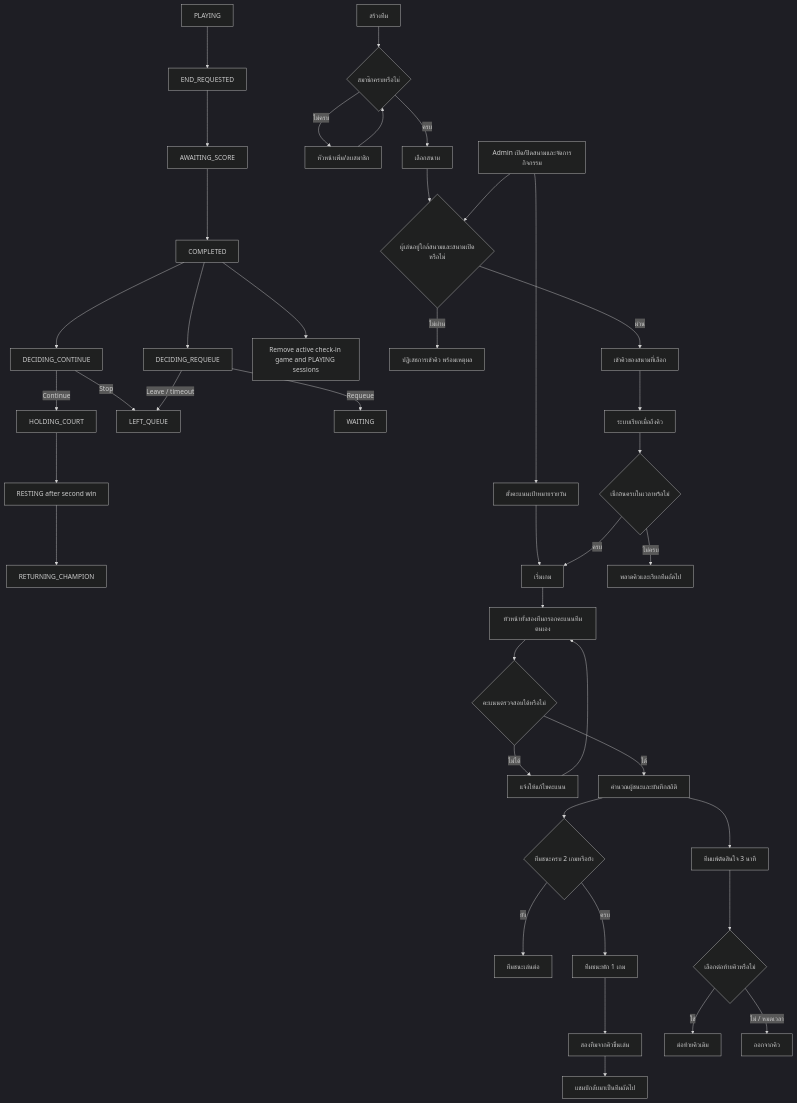
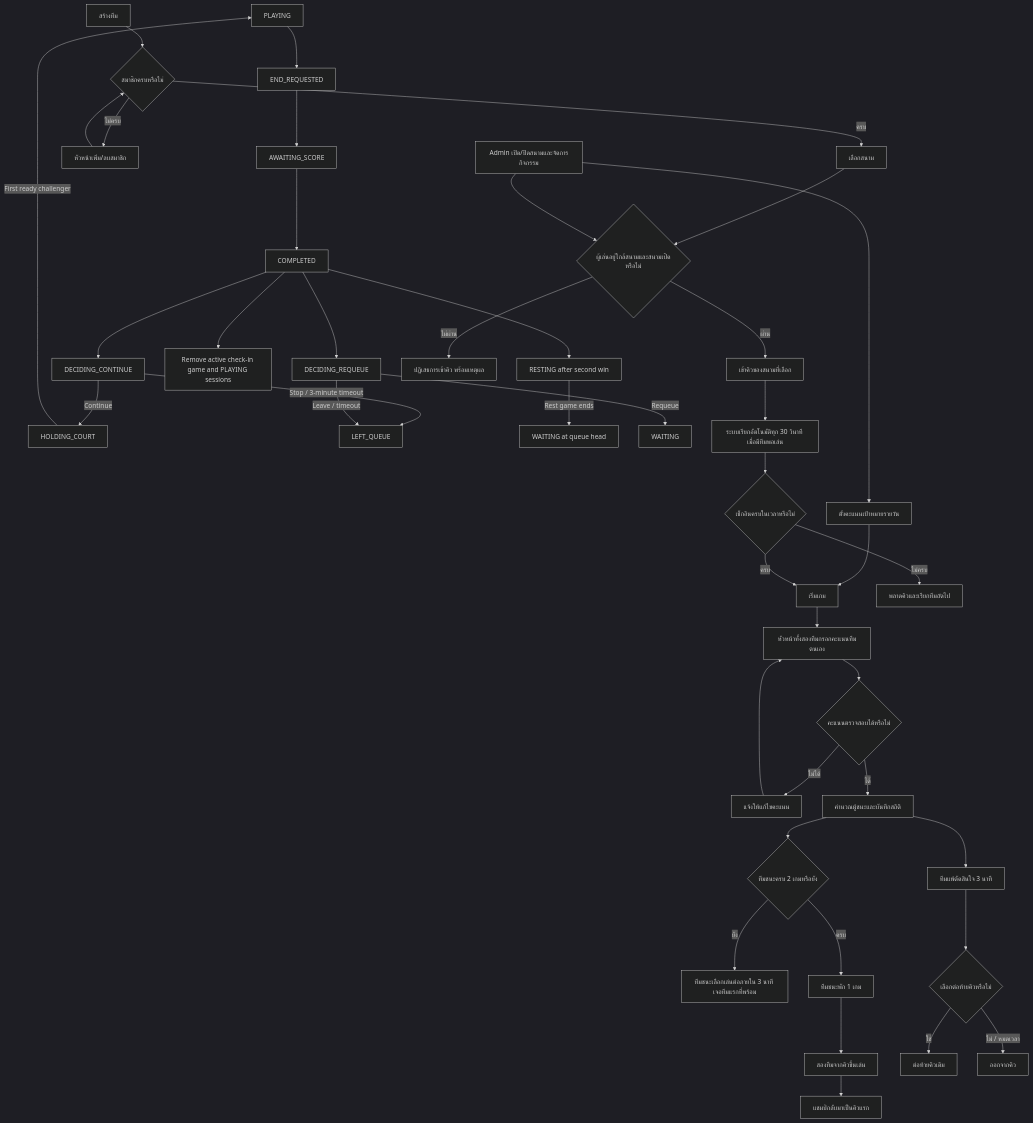
Before and after one commit to Nokpednam/MeQ-web-app: the diagram in docs/diagrams/queue-flow.mmd, drawn with Mermaid (dark theme). The commit also changed 16 other files, not shown here.

```diff
--- a/docs/diagrams/queue-flow.mmd
+++ b/docs/diagrams/queue-flow.mmd
@@ -1,38 +1,39 @@
 flowchart TD
   GAME["PLAYING"] --> END["END_REQUESTED"] --> SCORE["AWAITING_SCORE"] --> COMPLETE["COMPLETED"]
   COMPLETE --> WIN_DECIDE["DECIDING_CONTINUE"]
   WIN_DECIDE -->|Continue| HOLD["HOLDING_COURT"]
-  WIN_DECIDE -->|Stop| LEFT
+  WIN_DECIDE -->|Stop / 3-minute timeout| LEFT
   COMPLETE --> DECIDE["DECIDING_REQUEUE"]
   COMPLETE --> CLOSE_CHECKIN["Remove active check-in game and PLAYING sessions"]
-  HOLD --> REST["RESTING after second win"] --> RETURN["RETURNING_CHAMPION"]
+  HOLD -->|First ready challenger| GAME
+  COMPLETE --> REST["RESTING after second win"] -->|Rest game ends| HEAD["WAITING at queue head"]
   DECIDE -->|Requeue| WAIT["WAITING"]
   DECIDE -->|Leave / timeout| LEFT["LEFT_QUEUE"]
   A[สร้างทีม] --> B{สมาชิกครบหรือไม่}
   B -- ไม่ครบ --> C[หัวหน้าเพิ่ม/ลบสมาชิก]
   C --> B
   B -- ครบ --> D[เลือกสนาม]
   D --> E{ผู้เล่นอยู่ใกล้สนามและสนามเปิดหรือไม่}
   ADMIN[Admin เปิด/ปิดสนามและจัดการกิจกรรม] --> E
   ADMIN --> TARGET[ตั้งคะแนนเป้าหมายรายวัน]
   TARGET --> K
   E -- ไม่ผ่าน --> F[ปฏิเสธการเข้าคิว พร้อมเหตุผล]
   E -- ผ่าน --> G[เข้าคิวของสนามที่เลือก]
-  G --> H[ระบบเรียกเมื่อถึงคิว]
+  G --> H[ระบบเรียกอัตโนมัติทุก 30 วินาที เมื่อมีทีมพอเล่น]
   H --> I{เช็กอินครบในเวลาหรือไม่}
   I -- ไม่ครบ --> J[พลาดคิวและเรียกทีมถัดไป]
   I -- ครบ --> K[เริ่มเกม]
   K --> L[หัวหน้าทั้งสองทีมกรอกคะแนนทีมตนเอง]
   L --> M{คะแนนตรวจสอบได้หรือไม่}
   M -- ไม่ได้ --> N[แจ้งให้แก้ไขคะแนน]
   N --> L
   M -- ได้ --> O[คำนวณผู้ชนะและบันทึกสถิติ]
   O --> P{ทีมชนะครบ 2 เกมหรือยัง}
-  P -- ยัง --> Q[ทีมชนะเล่นต่อ]
+  P -- ยัง --> Q[ทีมชนะเลือกเล่นต่อภายใน 3 นาที เจอทีมแรกที่พร้อม]
   P -- ครบ --> R[ทีมชนะพัก 1 เกม]
   R --> S[สองทีมจากคิวขึ้นเล่น]
-  S --> T[แชมป์กลับมาเป็นทีมถัดไป]
+  S --> T[แชมป์กลับมาเป็นคิวแรก]
   O --> U[ทีมแพ้ตัดสินใจ 3 นาที]
   U --> V{เลือกต่อท้ายคิวหรือไม่}
   V -- ใช่ --> W[ต่อท้ายคิวเดิม]
   V -- ไม่ / หมดเวลา --> X[ออกจากคิว]
```
